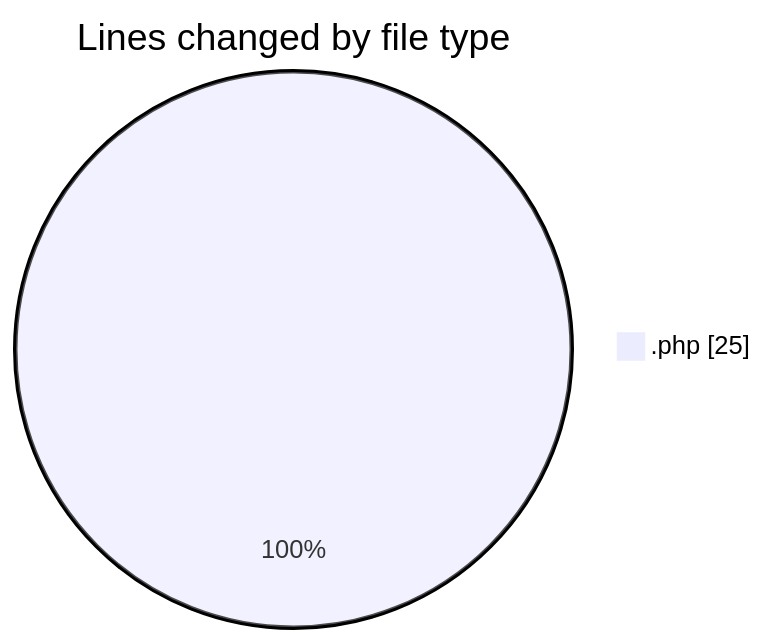
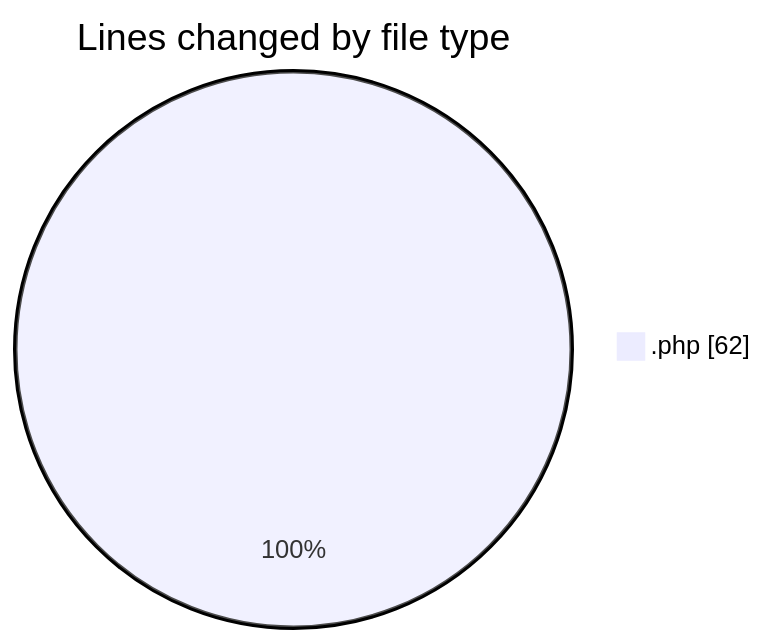
Before and after one commit to idhammustaqopulfikri/code-tracking: the first of 2 diagrams in 2025-04-10/test/README.md, drawn with Mermaid. The commit also changed other lines of this file and 1 other file, not shown here.

````diff
--- a/2025-04-10/test/README.md
+++ b/2025-04-10/test/README.md
@@ -20,5 +21,5 @@
 ```mermaid
 pie showData
 title Lines changed by file type
-".php" : 25
+".php" : 62
 ```
````
